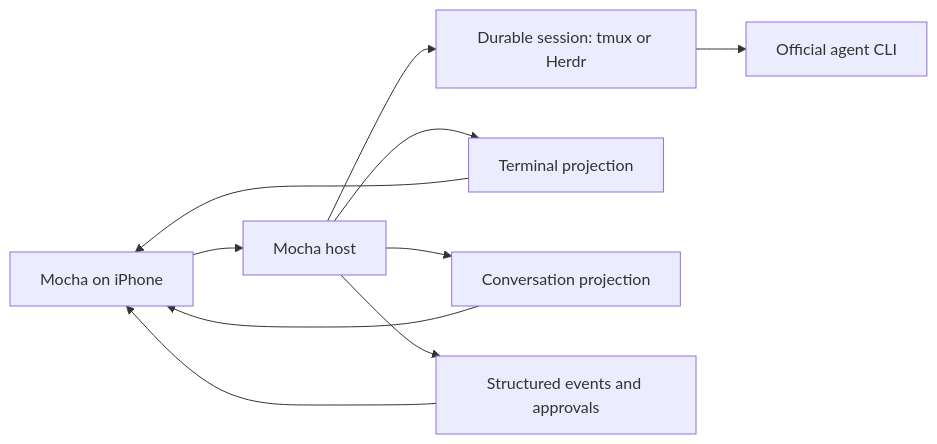
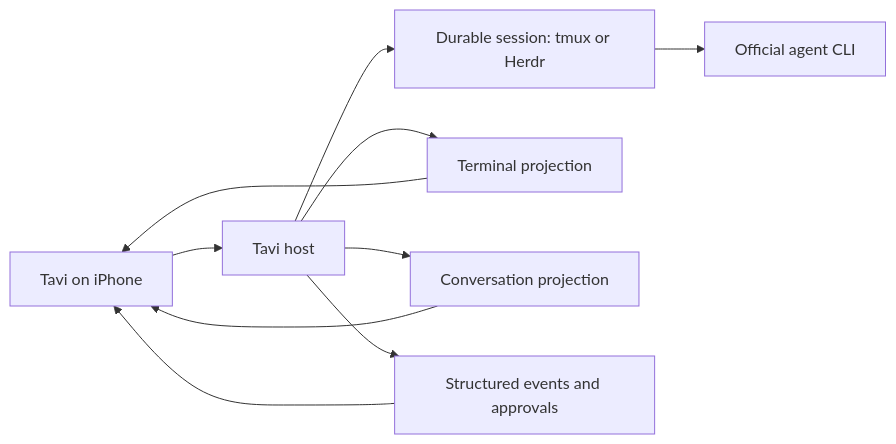
Before and after one commit to parvezrob/tavi: the diagram in docs/CHAT_UI_AND_AGENT_ARCHITECTURE.md, drawn with Mermaid. The commit also changed other lines of this file and 155 other files, not shown here.

First line of the commit message:
rename: Mocha → Tavi by Farfield (#62)

````diff
--- a/docs/CHAT_UI_AND_AGENT_ARCHITECTURE.md
+++ b/docs/CHAT_UI_AND_AGENT_ARCHITECTURE.md
@@ -62,12 +62,12 @@
 ```mermaid
 flowchart LR
-    Phone["Mocha on iPhone"] --> Host["Mocha host"]
+    Phone["Tavi on iPhone"] --> Host["Tavi host"]
     Host --> Session["Durable session: tmux or Herdr"]
     Session --> CLI["Official agent CLI"]
     Host --> Terminal["Terminal projection"]
     Host --> Conversation["Conversation projection"]
     Host --> Events["Structured events and approvals"]
     Terminal --> Phone
     Conversation --> Phone
     Events --> Phone
 ```
````
